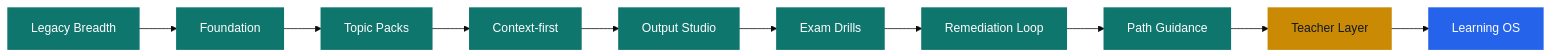
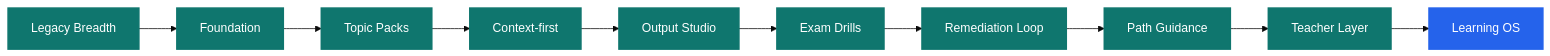
Before and after one commit to ZJUZhiyuCai/-vocab-context: the diagram in docs/31-IELTS-Development-Progress-Map.md, drawn with Mermaid (base theme). The commit also changed other lines of this file and 23 other files, not shown here.

````diff
--- a/docs/31-IELTS-Development-Progress-Map.md
+++ b/docs/31-IELTS-Development-Progress-Map.md
@@ -25,21 +25,20 @@
 ```mermaid
 flowchart LR
     A["Legacy Breadth"] --> B["Foundation"]
     B --> C["Topic Packs"]
     C --> D["Context-first"]
     D --> E["Output Studio"]
     E --> F["Exam Drills"]
     F --> G["Remediation Loop"]
     G --> H["Path Guidance"]
     H --> I["Teacher Layer"]
     I --> J["Learning OS"]
 
     classDef done fill:#0f766e,color:#ffffff,stroke:#0f766e,stroke-width:2px;
     classDef active fill:#ca8a04,color:#111827,stroke:#ca8a04,stroke-width:2px;
     classDef next fill:#2563eb,color:#ffffff,stroke:#2563eb,stroke-width:2px;
     classDef later fill:#475569,color:#ffffff,stroke:#475569,stroke-width:2px;
 
-    class A,B,C,D,E,F,G,H done;
-    class I active;
+    class A,B,C,D,E,F,G,H,I done;
     class J next;
 ```
````
